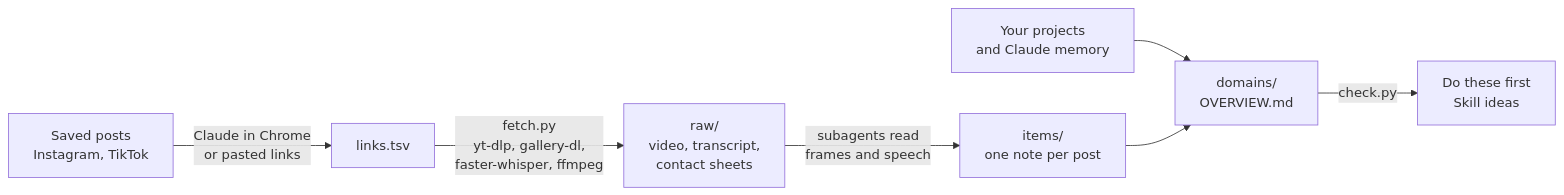
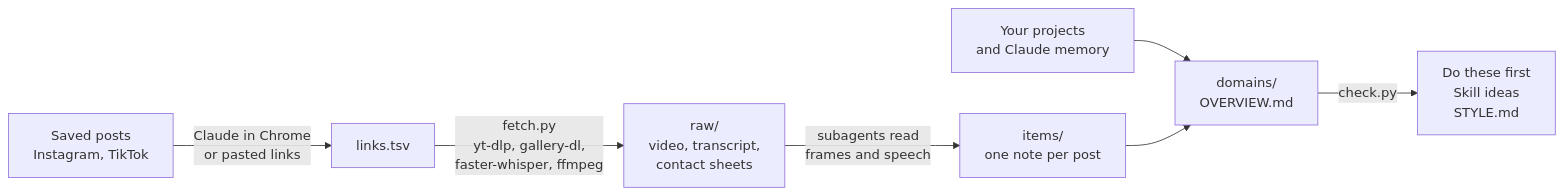
The diagram in README.md (t1mvdploeg/savedwise), drawn with Mermaid before and after one commit. The commit also changed other lines of this file and 8 other files, not shown here.

````diff
--- a/README.md
+++ b/README.md
@@ -49,9 +50,9 @@
 ```mermaid
 flowchart LR
   A[Saved posts<br>Instagram, TikTok] -->|Claude in Chrome<br>or pasted links| B[links.tsv]
   B -->|fetch.py<br>yt-dlp, gallery-dl,<br>faster-whisper, ffmpeg| C[raw/<br>video, transcript,<br>contact sheets]
   C -->|subagents read<br>frames and speech| D[items/<br>one note per post]
   P[Your projects<br>and Claude memory] --> E
   D --> E[domains/<br>OVERVIEW.md]
-  E -->|check.py| F[Do these first<br>Skill ideas]
+  E -->|check.py| F[Do these first<br>Skill ideas<br>STYLE.md]
 ```
````
